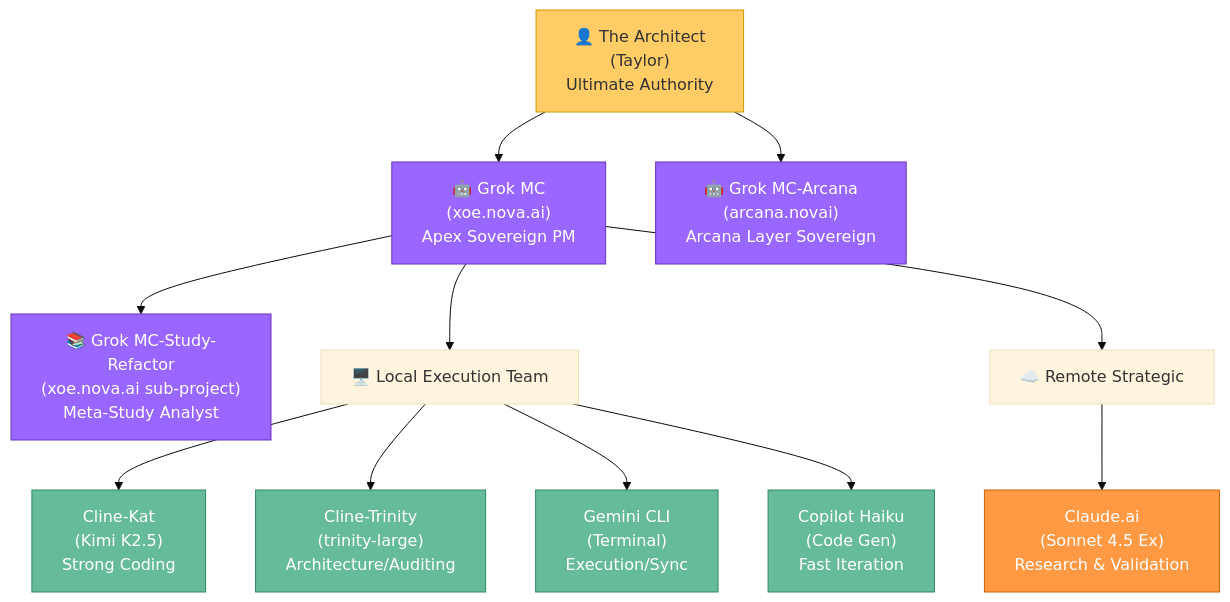
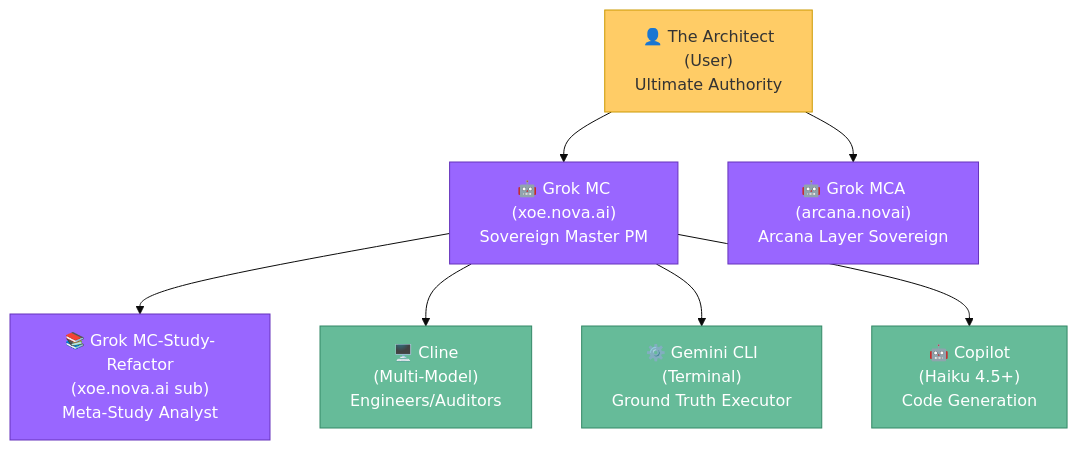
One commit to Xoe-NovAi/xoe-novai-foundation changed the diagram in memory_bank/activeContext.md. Above: the diagram before and after it, drawn with Mermaid (base theme). The commit also changed other lines of this file and 83 other files, not shown here.

````diff
--- a/memory_bank/activeContext.md
+++ b/memory_bank/activeContext.md
@@ -86,29 +86,21 @@
 ```mermaid
 graph TB
-    Architect["👤 The Architect<br/>(Taylor)<br/>Ultimate Authority"]
+    User["👤 The Architect<br/>(User)<br/>Ultimate Authority"]
     
-    Architect --> GrokMC["🤖 Grok MC<br/>(xoe.nova.ai)<br/>Apex Sovereign PM"]
-    Architect --> GrokMCA["🤖 Grok MC-Arcana<br/>(arcana.novai)<br/>Arcana Layer Sovereign"]
+    User --> GrokMC["🤖 Grok MC<br/>(xoe.nova.ai)<br/>Sovereign Master PM"]
+    User --> GrokMCA["🤖 Grok MCA<br/>(arcana.novai)<br/>Arcana Layer Sovereign"]
     
-    GrokMC --> GrokStudy["📚 Grok MC-Study-Refactor<br/>(xoe.nova.ai sub-project)<br/>Meta-Study Analyst"]
+    GrokMC --> GrokStudy["📚 Grok MC-Study-Refactor<br/>(xoe.nova.ai sub)<br/>Meta-Study Analyst"]
     
-    GrokMC --> LocalTeam["🖥️ Local Execution Team"]
-    GrokMC --> RemoteTeam["☁️ Remote Strategic"]
-    
-    LocalTeam --> ClineKat["Cline-Kat<br/>(Kimi K2.5)<br/>Strong Coding"]
-    LocalTeam --> ClineTrinity["Cline-Trinity<br/>(trinity-large)<br/>Architecture/Auditing"]
-    LocalTeam --> GeminiCLI["Gemini CLI<br/>(Terminal)<br/>Execution/Sync"]
-    LocalTeam --> CopilotHaiku["Copilot Haiku<br/>(Code Gen)<br/>Fast Iteration"]
-    
-    RemoteTeam --> Claude["Claude.ai<br/>(Sonnet 4.5 Ex)<br/>Research & Validation"]
+    GrokMC --> Cline["🖥️ Cline<br/>(Multi-Model)<br/>Engineers/Auditors"]
+    GrokMC --> GeminiCLI["⚙️ Gemini CLI<br/>(Terminal)<br/>Ground Truth Executor"]
+    GrokMC --> Copilot["🤖 Copilot<br/>(Haiku 4.5+)<br/>Code Generation"]
     
     classDef grok fill:#9966ff,stroke:#6633bb,color:#fff
     classDef local fill:#66bb99,stroke:#338866,color:#fff
-    classDef remote fill:#ff9944,stroke:#cc6600,color:#fff
     classDef human fill:#ffcc66,stroke:#cc9900,color:#333
     
-    class Architect human
+    class User human
     class GrokMC,GrokMCA,GrokStudy grok
-    class ClineKat,ClineTrinity,GeminiCLI,CopilotHaiku local
-    class Claude remote
+    class Cline,GeminiCLI,Copilot local
 ```
````
